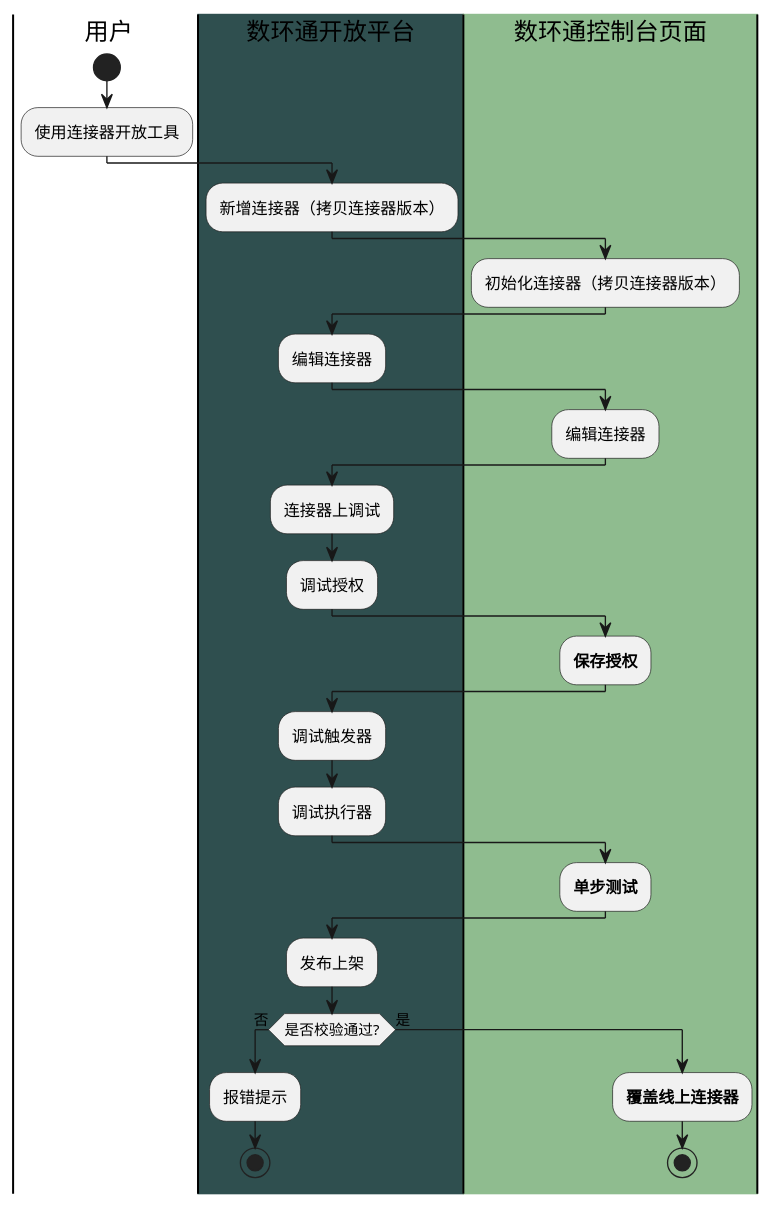
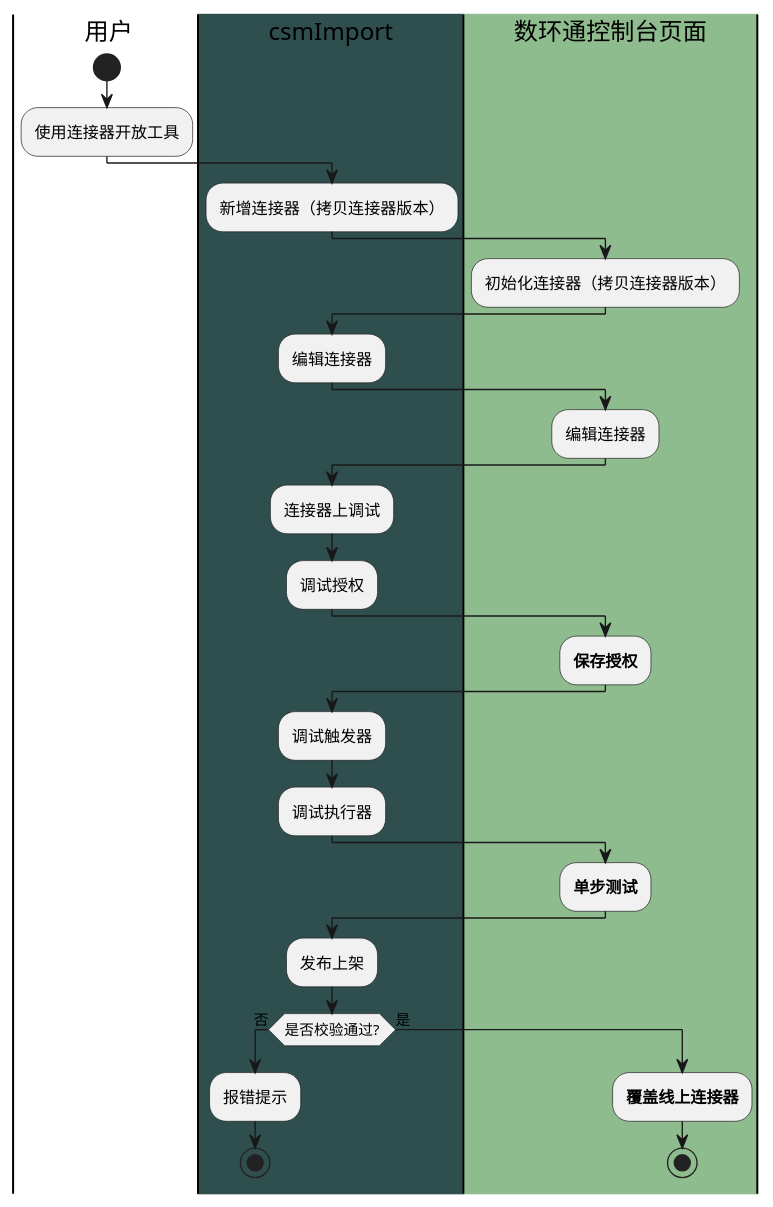
The fourth of 7 diagrams in umls/业务流程图.puml (151119011148/l78zdemo), drawn with PlantUML before and after one commit. The commit also changed other lines of this file and 47 other files, not shown here.

```diff
--- a/umls/业务流程图.puml
+++ b/umls/业务流程图.puml
@@ -138,32 +138,32 @@
 @startuml
 |u| 用户
 start
 :使用连接器开放工具;
-|#palegreen|j|数环通开放平台
+|#palegreen|j|csmImport
 :新增连接器（拷贝连接器版本）;
 |#DarkSlateGray|o|数环通控制台页面
 :初始化连接器（拷贝连接器版本）;
-|#palegreen|j|数环通开放平台
+|#palegreen|j|csmImport
 :编辑连接器;
 |#DarkSlateGray|o|数环通控制台页面
 :编辑连接器;
-|#DarkSlateGray|j|数环通开放平台
+|#DarkSlateGray|j|csmImport
 :连接器上调试;
 :调试授权;
 |#DarkSeaGreen|o|数环通控制台页面
 :**保存授权**;
-|#DarkSlateGray|j|数环通开放平台
+|#DarkSlateGray|j|csmImport
 :调试触发器;
 :调试执行器;
 |#DarkSeaGreen|o|数环通控制台页面
 :**单步测试**;
-|#DarkSlateGray|j|数环通开放平台
+|#DarkSlateGray|j|csmImport
 :发布上架;
 if (是否校验通过?) is (否) then
 :报错提示;
 stop
 else (是)
 |#DarkSeaGreen|o|数环通控制台页面
 :**覆盖线上连接器**;
 stop
 @enduml
```
